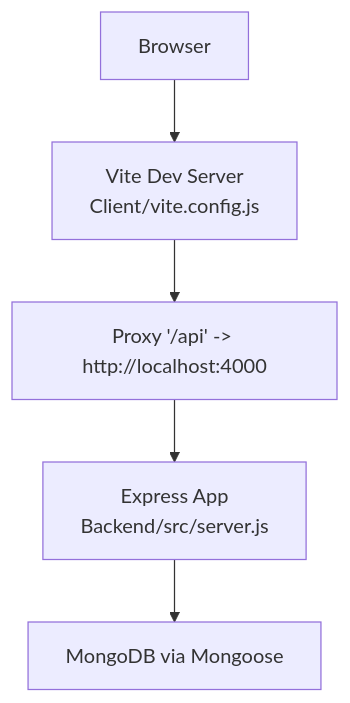
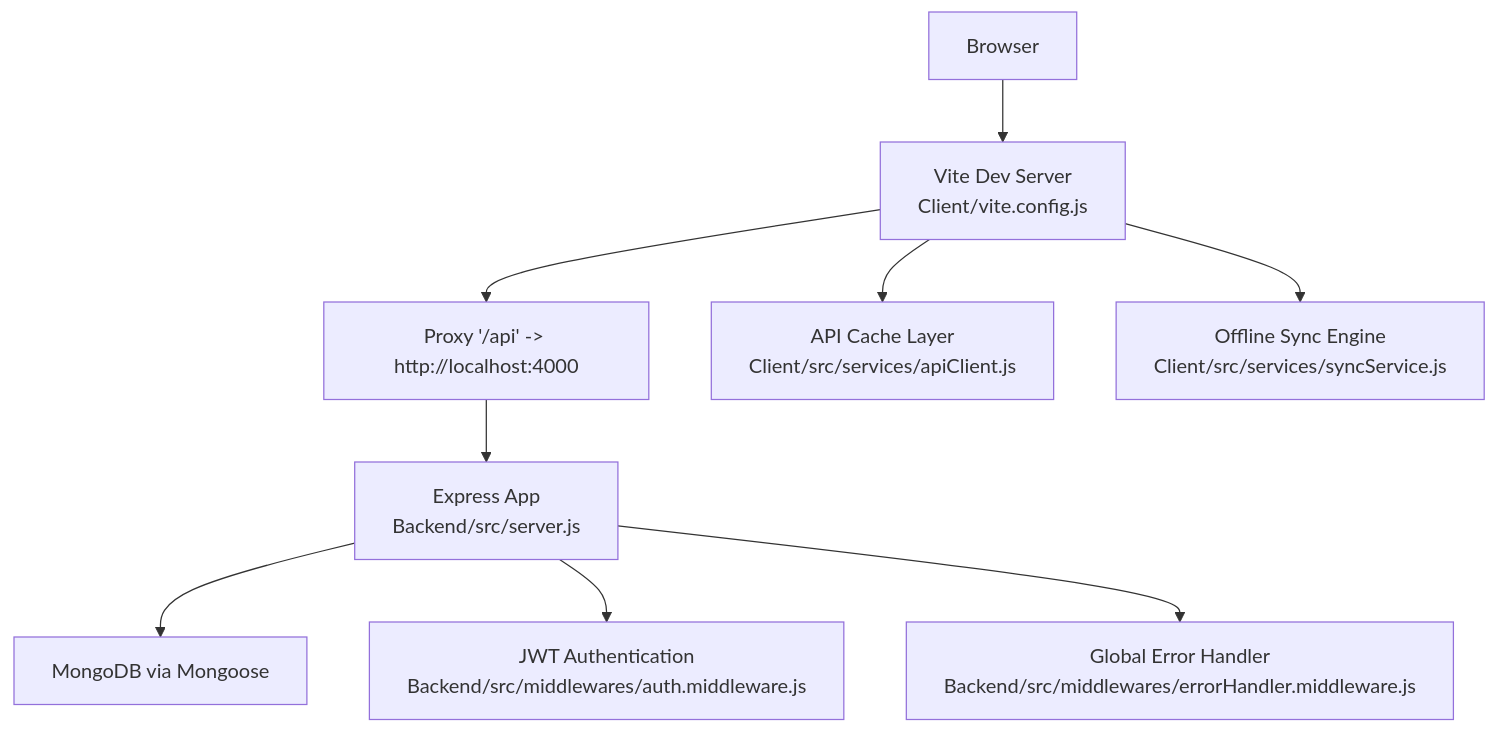
The second of 11 diagrams in .qoder/repowiki/en/content/Development Workflow.md (Aryan9060/Timetable-Project), drawn with Mermaid before and after one commit. The commit also changed other lines of this file and 7 other files, not shown here.

````diff
--- a/.qoder/repowiki/en/content/Development Workflow.md
+++ b/.qoder/repowiki/en/content/Development Workflow.md
@@ -133,12 +162,20 @@
 ```mermaid
 graph TB
 Browser["Browser"]
 Vite["Vite Dev Server<br/>Client/vite.config.js"]
 Proxy["Proxy '/api' -> http://localhost:4000"]
 Express["Express App<br/>Backend/src/server.js"]
 DB["MongoDB via Mongoose"]
+Auth["JWT Authentication<br/>Backend/src/middlewares/auth.middleware.js"]
+Error["Global Error Handler<br/>Backend/src/middlewares/errorHandler.middleware.js"]
+Cache["API Cache Layer<br/>Client/src/services/apiClient.js"]
+Offline["Offline Sync Engine<br/>Client/src/services/syncService.js"]
 Browser --> Vite
 Vite --> Proxy
 Proxy --> Express
 Express --> DB
+Express --> Auth
+Express --> Error
+Vite --> Cache
+Vite --> Offline
 ```
````
